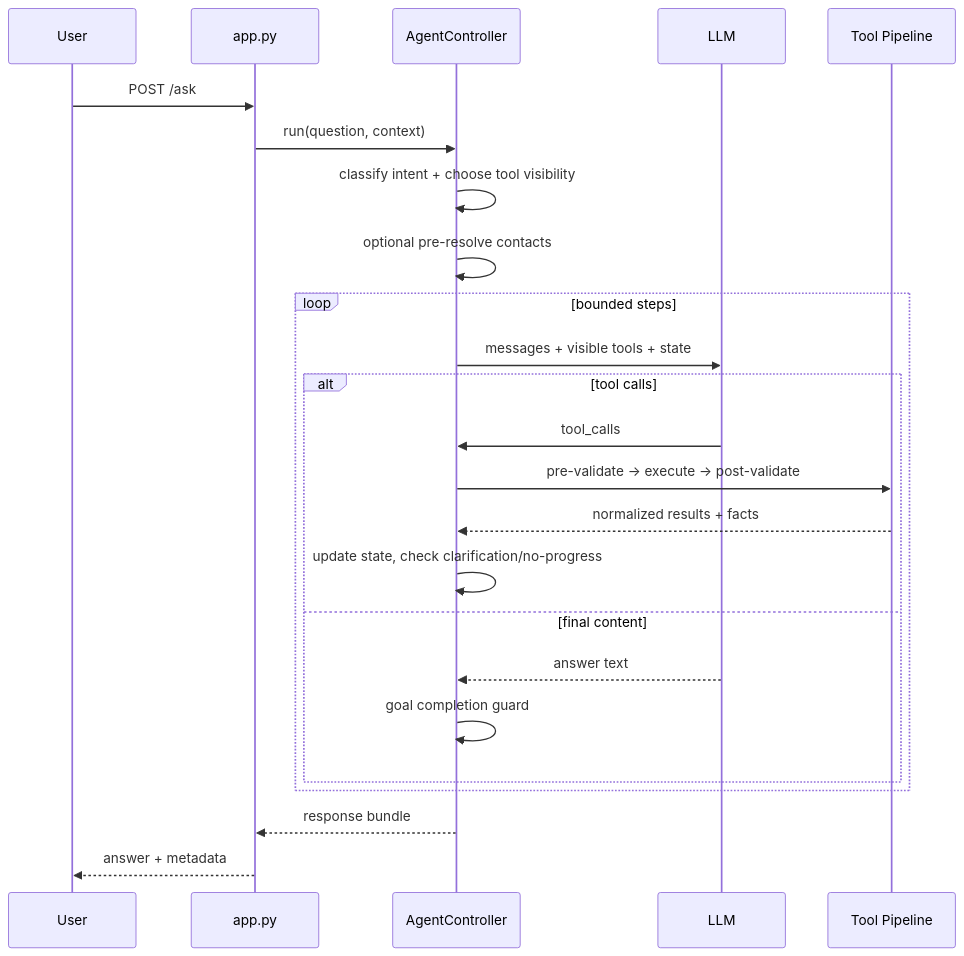
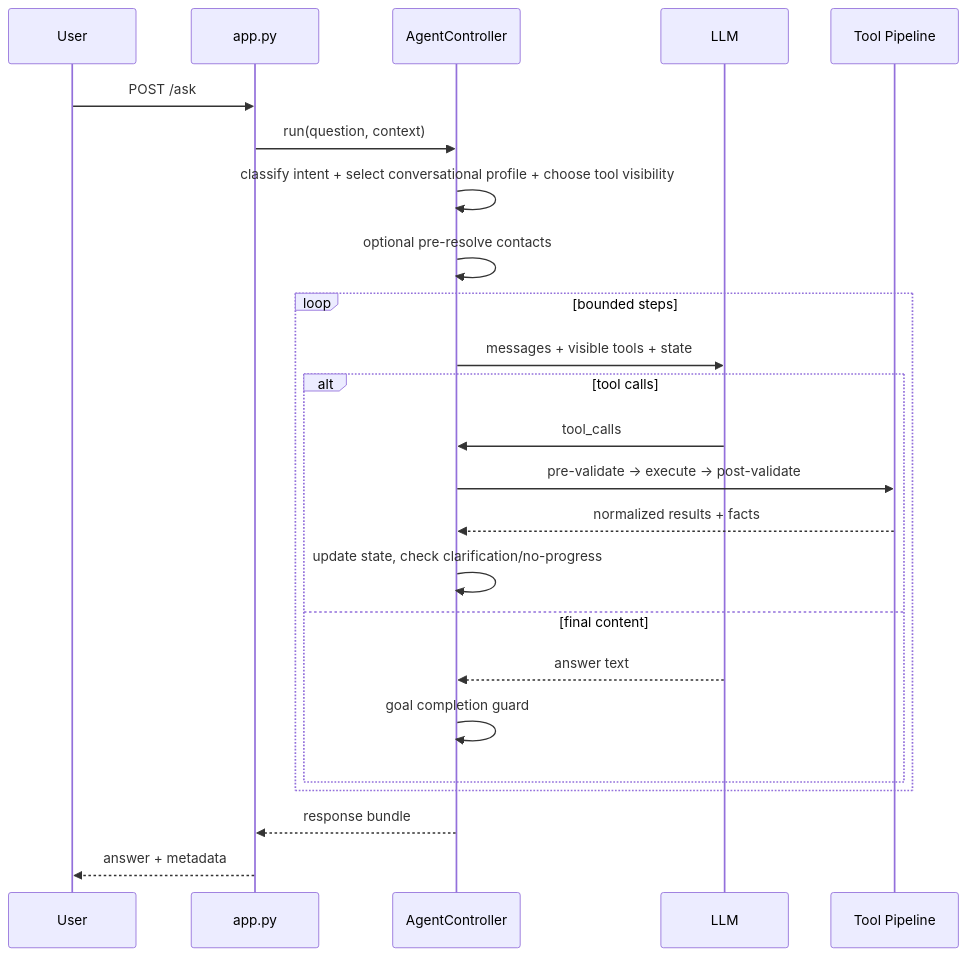
Before and after one commit to githubdoramon/digital-brain: the second of 2 diagrams in backend/orchestrator/docs/architecture/OVERVIEW.md, drawn with Mermaid. The commit also changed other lines of this file and 17 other files, not shown here.

First line of the commit message:
introduce intent-owned profile dispatch for memory expert

````diff
--- a/backend/orchestrator/docs/architecture/OVERVIEW.md
+++ b/backend/orchestrator/docs/architecture/OVERVIEW.md
@@ -48,27 +56,27 @@
 ```mermaid
 sequenceDiagram
   participant User
   participant App as app.py
   participant Ctrl as AgentController
   participant LLM
   participant Tools as Tool Pipeline
 
   User->>App: POST /ask
   App->>Ctrl: run(question, context)
-  Ctrl->>Ctrl: classify intent + choose tool visibility
+  Ctrl->>Ctrl: classify intent + select conversational profile + choose tool visibility
   Ctrl->>Ctrl: optional pre-resolve contacts
   loop bounded steps
     Ctrl->>LLM: messages + visible tools + state
     alt tool calls
       LLM->>Ctrl: tool_calls
       Ctrl->>Tools: pre-validate -> execute -> post-validate
       Tools-->>Ctrl: normalized results + facts
       Ctrl->>Ctrl: update state, check clarification/no-progress
     else final content
       LLM-->>Ctrl: answer text
       Ctrl->>Ctrl: goal completion guard
     end
   end
   Ctrl-->>App: response bundle
   App-->>User: answer + metadata
 ```
````
